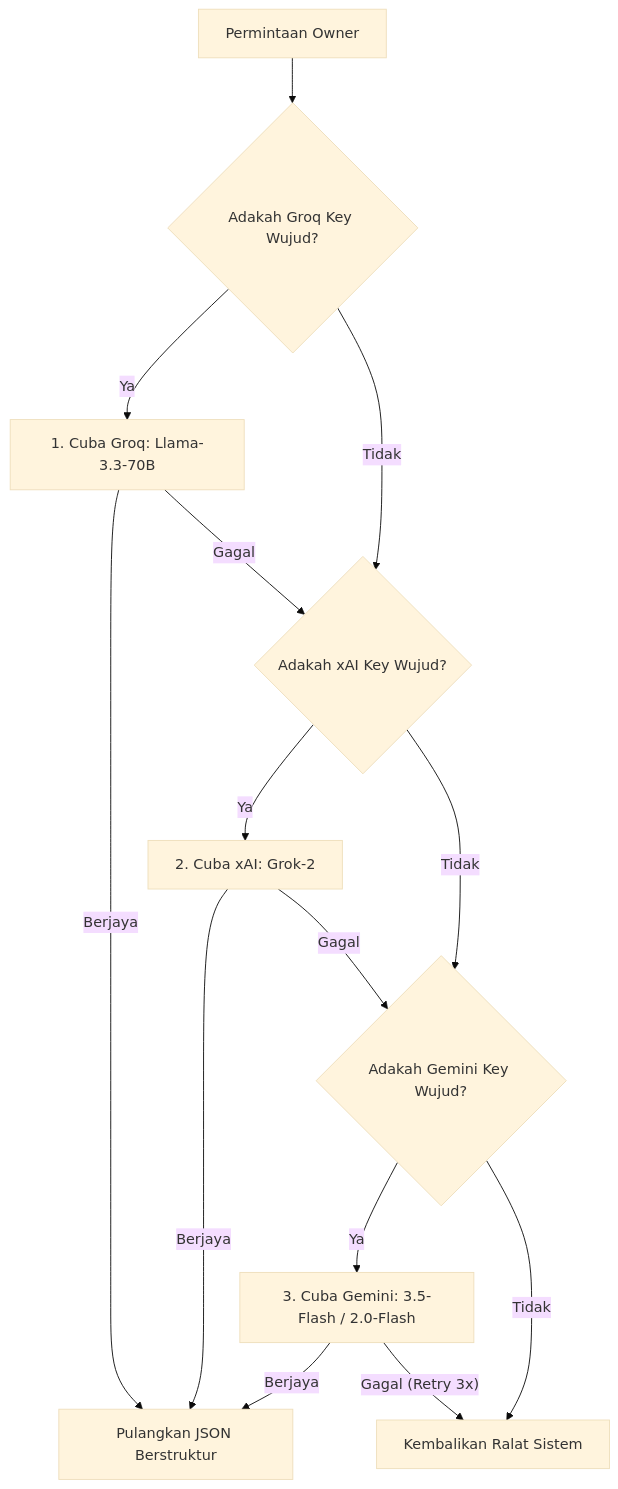
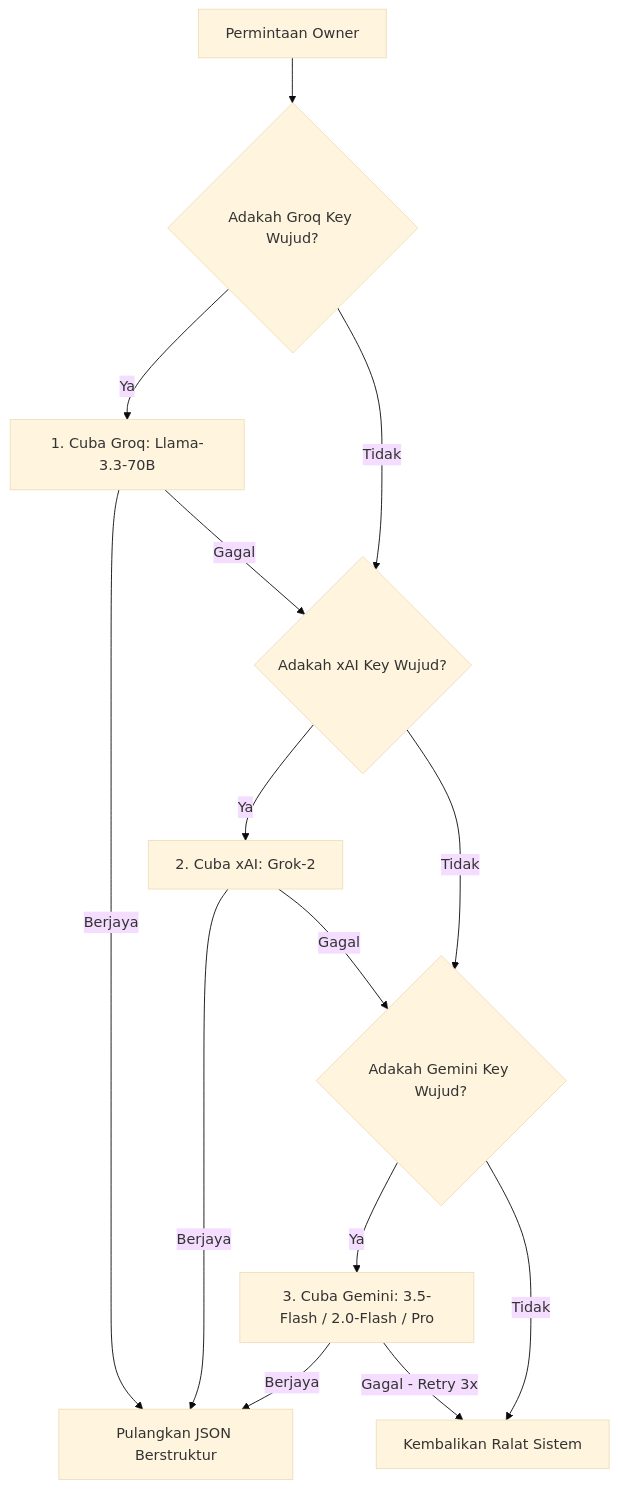
The diagram in AGENTS.md (zackzafranzaidi-cyber/dinspire-system), drawn with Mermaid (base theme) before and after one commit. The commit also changed other lines of this file, not shown here.

````diff
--- a/AGENTS.md
+++ b/AGENTS.md
@@ -74,16 +133,16 @@
 ```mermaid
 graph TD
     A[Permintaan Owner] --> B{Adakah Groq Key Wujud?}
     B -- Ya --> C[1. Cuba Groq: Llama-3.3-70B]
     B -- Tidak --> D{Adakah xAI Key Wujud?}
     C -- Berjaya --> E[Pulangkan JSON Berstruktur]
     C -- Gagal --> D
     D -- Ya --> F[2. Cuba xAI: Grok-2]
     D -- Tidak --> G{Adakah Gemini Key Wujud?}
     F -- Berjaya --> E
     F -- Gagal --> G
-    G -- Ya --> H[3. Cuba Gemini: 3.5-Flash / 2.0-Flash]
+    G -- Ya --> H[3. Cuba Gemini: 3.5-Flash / 2.0-Flash / Pro]
     G -- Tidak --> I[Kembalikan Ralat Sistem]
     H -- Berjaya --> E
-    H -- Gagal (Retry 3x) --> I
+    H -- Gagal - Retry 3x --> I
 ```
````
